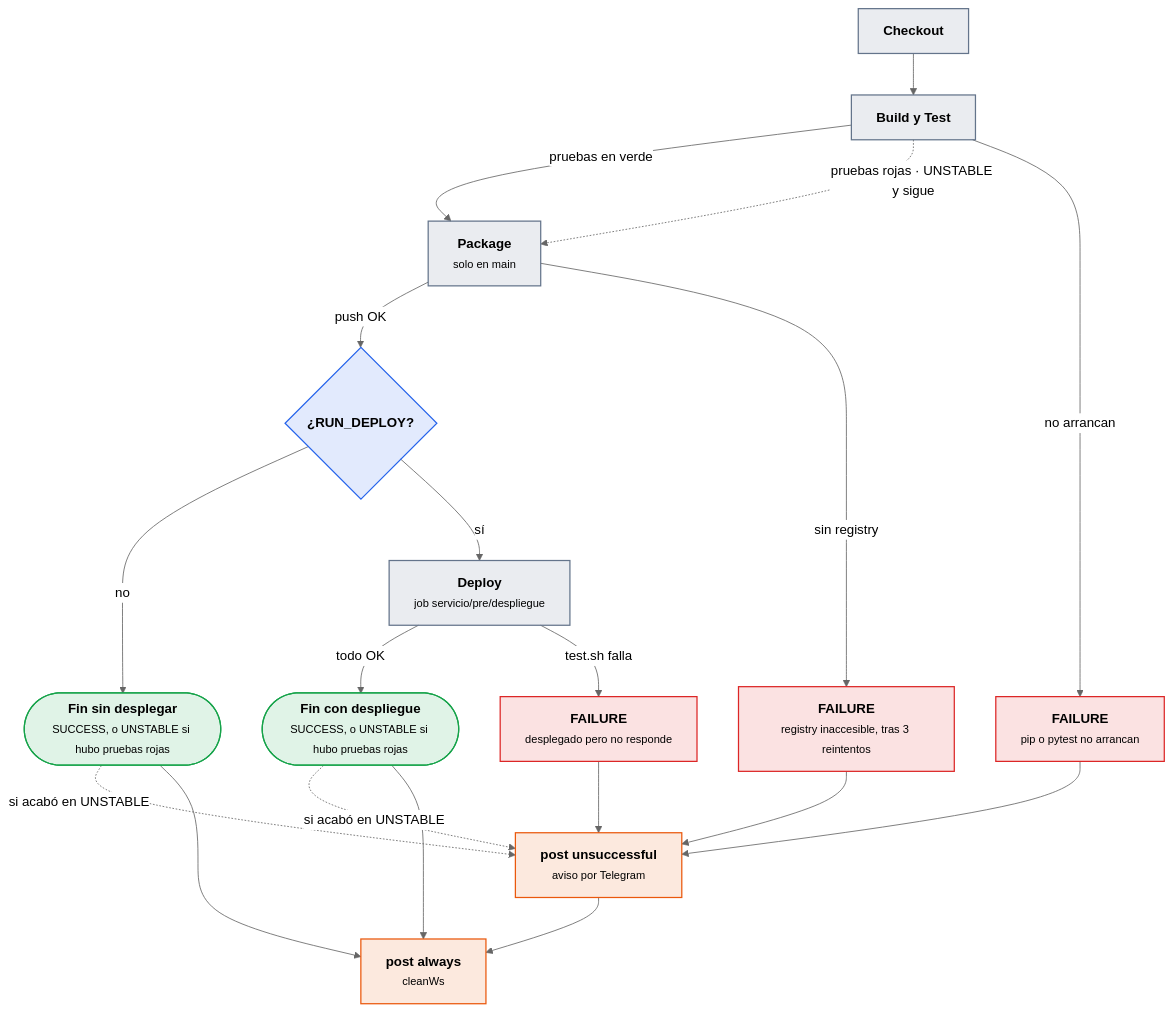
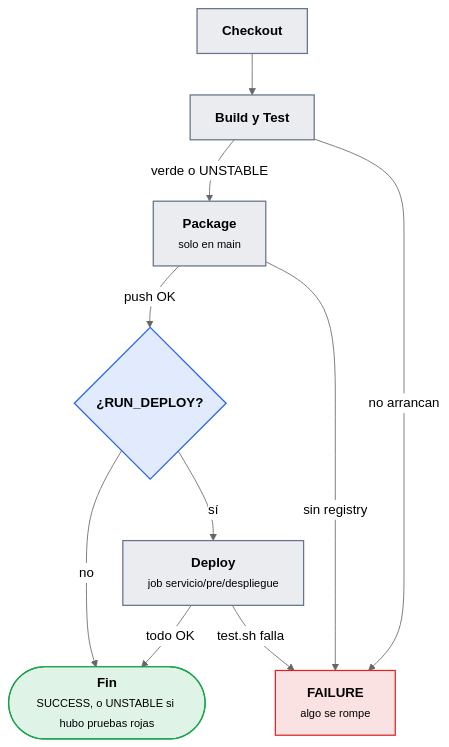
Before and after one commit to victor-educ/apuntes-5166: the sixth of 7 diagrams in docs/ut/ut6-ci.md, drawn with Mermaid (neutral theme). The commit also changed other lines of this file and 5 other files, not shown here.

````diff
--- a/docs/ut/ut6-ci.md
+++ b/docs/ut/ut6-ci.md
@@ -897,35 +1026,23 @@
 ```mermaid
-flowchart TD
+flowchart TB
     CO["<b>Checkout</b>"]:::pieza
     BT["<b>Build y Test</b>"]:::pieza
     PK["<b>Package</b><br><small>solo en main</small>"]:::pieza
     W{"<b>¿RUN_DEPLOY?</b>"}:::dato
     DP["<b>Deploy</b><br><small>job servicio/pre/despliegue</small>"]:::pieza
-    F1["<b>FAILURE</b><br><small>pip o pytest no arrancan</small>"]:::riesgo
-    F2["<b>FAILURE</b><br><small>registry inaccesible, tras 3 reintentos</small>"]:::riesgo
-    F4["<b>FAILURE</b><br><small>desplegado pero no responde</small>"]:::riesgo
-    OK1(["<b>Fin sin desplegar</b><br><small>SUCCESS, o UNSTABLE si hubo pruebas rojas</small>"]):::ok
-    OK2(["<b>Fin con despliegue</b><br><small>SUCCESS, o UNSTABLE si hubo pruebas rojas</small>"]):::ok
-    P["<b>post unsuccessful</b><br><small>aviso por Telegram</small>"]:::act
-    C["<b>post always</b><br><small>cleanWs</small>"]:::act
+    F["<b>FAILURE</b><br><small>algo se rompe</small>"]:::riesgo
+    OK(["<b>Fin</b><br><small>SUCCESS, o UNSTABLE si hubo pruebas rojas</small>"]):::ok
     CO --> BT
-    BT -->|pruebas en verde| PK
-    BT -.->|pruebas rojas · UNSTABLE y sigue| PK
-    BT -->|no arrancan| F1
+    BT -->|verde o UNSTABLE| PK
+    BT -->|no arrancan| F
     PK -->|push OK| W
-    PK -->|sin registry| F2
-    W -->|no| OK1
+    PK -->|sin registry| F
+    W -->|no| OK
     W -->|sí| DP
-    DP -->|todo OK| OK2
-    DP -->|test.sh falla| F4
-    F1 & F2 & F4 --> P
-    OK1 & OK2 -.->|si acabó en UNSTABLE| P
-    OK1 & OK2 --> C
-    P --> C
-    classDef act fill:#ea580c22,stroke:#ea580c,stroke-width:1.5px
+    DP -->|todo OK| OK
+    DP -->|test.sh falla| F
     classDef pieza fill:#64748b22,stroke:#64748b,stroke-width:1.5px
     classDef dato fill:#2563eb22,stroke:#2563eb,stroke-width:1.5px
-    classDef infra fill:#a1a1aa14,stroke:#a1a1aa,stroke-width:1.5px
     classDef ok fill:#16a34a22,stroke:#16a34a,stroke-width:1.5px
     classDef riesgo fill:#dc262622,stroke:#dc2626,stroke-width:1.5px
 ```
````
